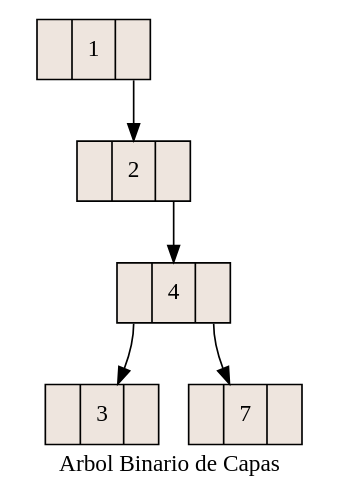
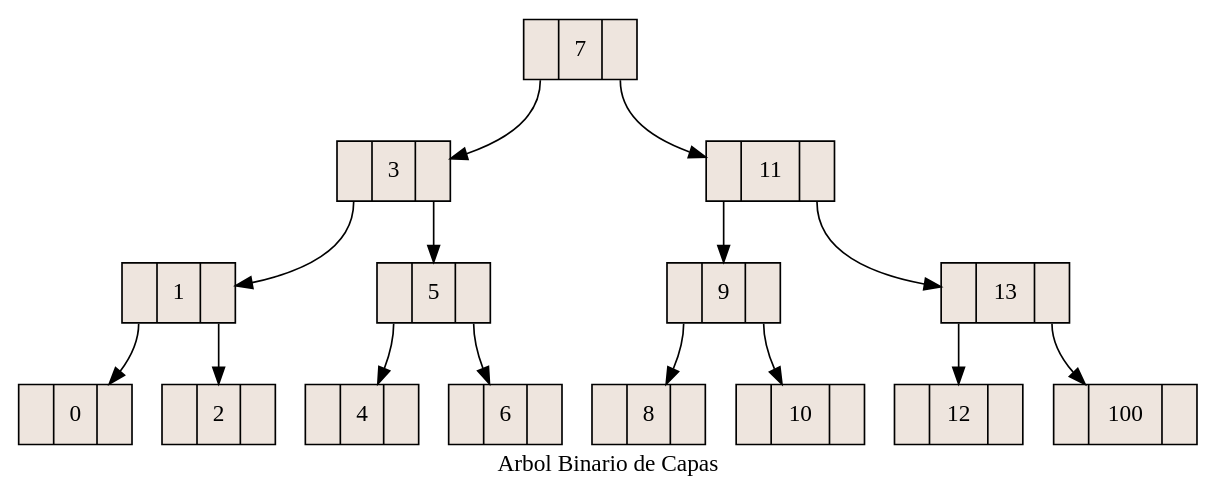
Before and after one commit to EdsonArmando/Proyecto1EDD: the diagram in Proyecto1EDD/Arbol.dot, drawn with Graphviz. The commit also changed 56 other files, not shown here.

```diff
--- a/Proyecto1EDD/Arbol.dot
+++ b/Proyecto1EDD/Arbol.dot
@@ -1,15 +1,35 @@
 digraph grafica{
 rankdir=TB;
  label="Arbol Binario de Capas"; 
  node [shape = record, style=filled, fillcolor=seashell2];
+nodo7 [ label = "<C0>|7|<C1>"];
+nodo3 [ label = "<C0>|3|<C1>"];
 nodo1 [ label = "<C0>|1|<C1>"];
+nodo0 [ label = "<C0>|0|<C1>"];
 nodo2 [ label = "<C0>|2|<C1>"];
+nodo5 [ label = "<C0>|5|<C1>"];
 nodo4 [ label = "<C0>|4|<C1>"];
-nodo3 [ label = "<C0>|3|<C1>"];
-nodo7 [ label = "<C0>|7|<C1>"];
+nodo6 [ label = "<C0>|6|<C1>"];
+nodo11 [ label = "<C0>|11|<C1>"];
+nodo9 [ label = "<C0>|9|<C1>"];
+nodo8 [ label = "<C0>|8|<C1>"];
+nodo10 [ label = "<C0>|10|<C1>"];
+nodo13 [ label = "<C0>|13|<C1>"];
+nodo12 [ label = "<C0>|12|<C1>"];
+nodo100 [ label = "<C0>|100|<C1>"];
+nodo7:C0->nodo3
+nodo7:C1->nodo11
+nodo3:C0->nodo1
+nodo3:C1->nodo5
+nodo1:C0->nodo0
 nodo1:C1->nodo2
-nodo2:C1->nodo4
-nodo4:C0->nodo3
-nodo4:C1->nodo7
+nodo5:C0->nodo4
+nodo5:C1->nodo6
+nodo11:C0->nodo9
+nodo11:C1->nodo13
+nodo9:C0->nodo8
+nodo9:C1->nodo10
+nodo13:C0->nodo12
+nodo13:C1->nodo100
 
 }
```
